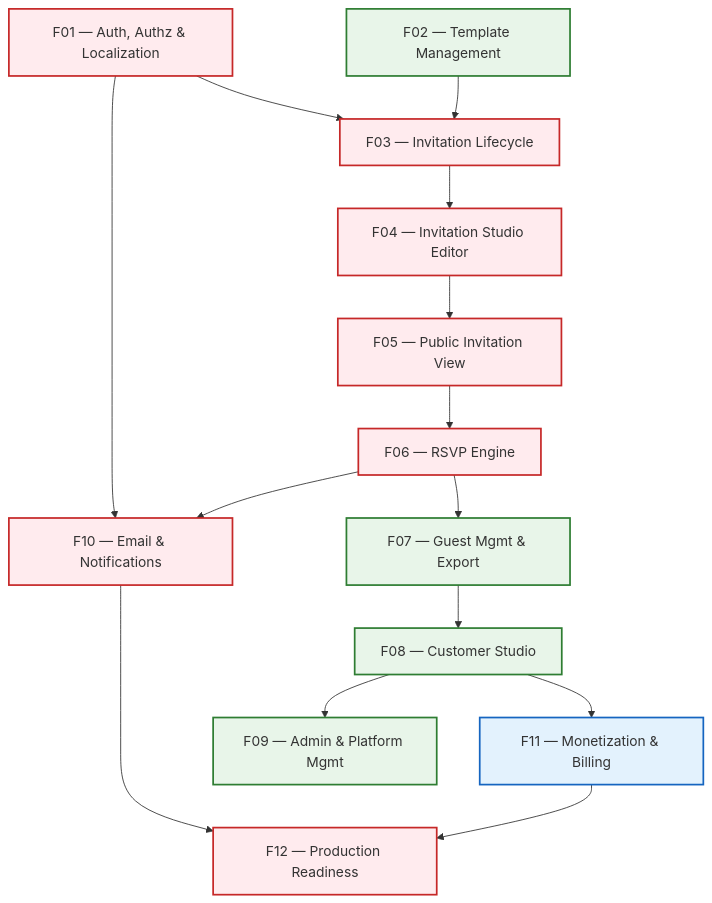
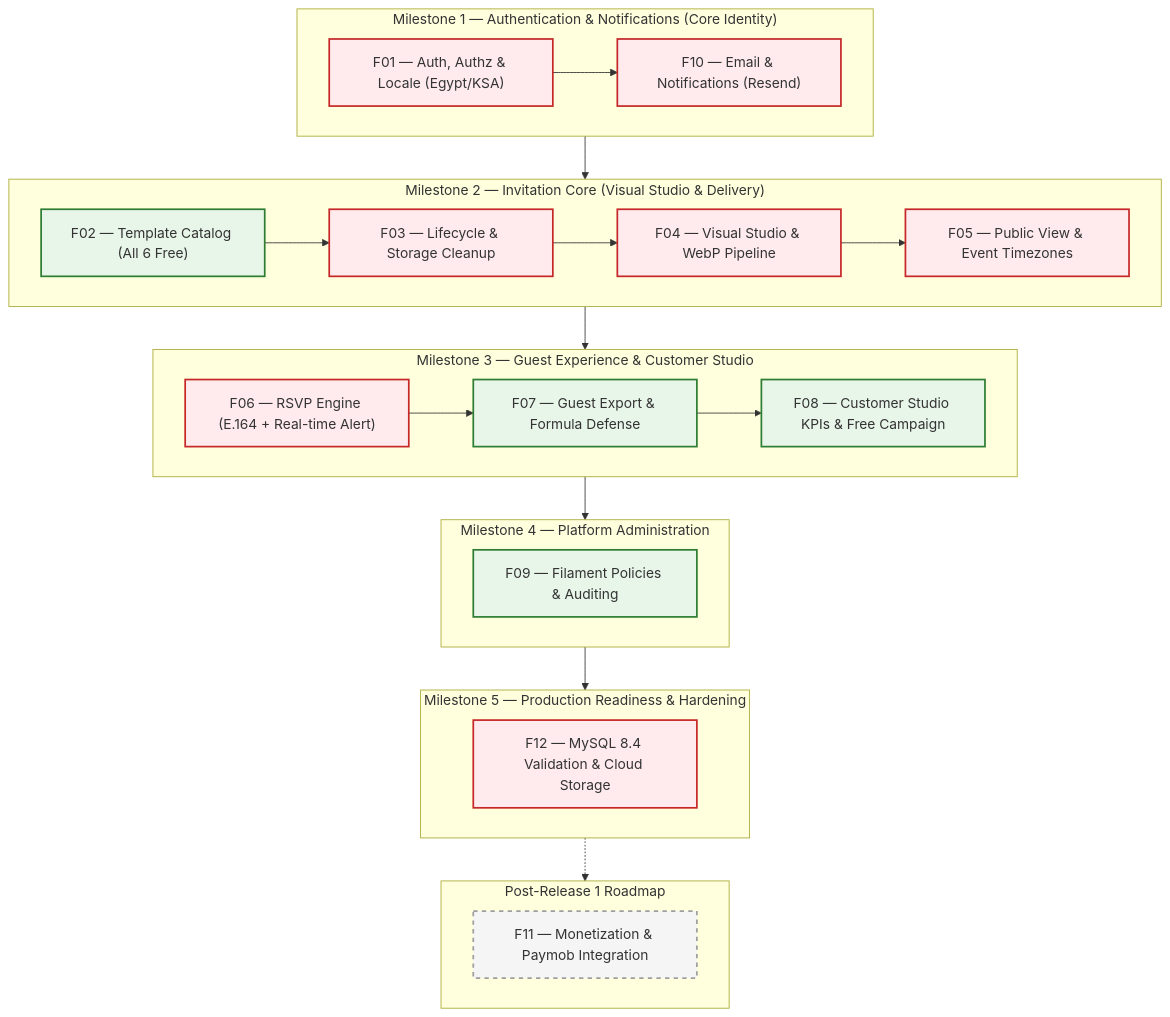
Before and after one commit to mohamedelbalooty/Zaffe: the diagram in docs/engineering/MASTER_ROADMAP.md, drawn with Mermaid. The commit also changed other lines of this file and 4 other files, not shown here.

First line of the commit message:
docs(product): record Release 1 product decisions and update master engineering roadmap

````diff
--- a/docs/engineering/MASTER_ROADMAP.md
+++ b/docs/engineering/MASTER_ROADMAP.md
@@ -22,20 +24,45 @@
 ```mermaid
 flowchart TD
     classDef p0 fill:#ffebee,stroke:#c62828,stroke-width:2px;
     classDef p1 fill:#e8f5e9,stroke:#2e7d32,stroke-width:2px;
-    classDef p2 fill:#e3f2fd,stroke:#1565c0,stroke-width:2px;
+    classDef deferred fill:#f5f5f5,stroke:#9e9e9e,stroke-width:2px,stroke-dasharray: 5 5;
 
-    F01["F01 — Auth, Authz & Localization"]:::p0 --> F10["F10 — Email & Notifications"]:::p0
-    F01 --> F03["F03 — Invitation Lifecycle"]:::p0
-    F02["F02 — Template Management"]:::p1 --> F03
-    F03 --> F04["F04 — Invitation Studio Editor"]:::p0
-    F04 --> F05["F05 — Public Invitation View"]:::p0
-    F05 --> F06["F06 — RSVP Engine"]:::p0
-    F06 --> F10
-    F06 --> F07["F07 — Guest Mgmt & Export"]:::p1
-    F07 --> F08["F08 — Customer Studio"]:::p1
-    F08 --> F09["F09 — Admin & Platform Mgmt"]:::p1
-    F08 --> F11["F11 — Monetization & Billing"]:::p2
-    F10 --> F12["F12 — Production Readiness"]:::p0
-    F11 --> F12
+    subgraph M1["Milestone 1 — Authentication & Notifications (Core Identity)"]
+        F01["F01 — Auth, Authz & Locale (Egypt/KSA)"]:::p0
+        F10["F10 — Email & Notifications (Resend)"]:::p0
+        F01 --> F10
+    end
+
+    subgraph M2["Milestone 2 — Invitation Core (Visual Studio & Delivery)"]
+        F02["F02 — Template Catalog (All 6 Free)"]:::p1
+        F03["F03 — Lifecycle & Storage Cleanup"]:::p0
+        F04["F04 — Visual Studio & WebP Pipeline"]:::p0
+        F05["F05 — Public View & Event Timezones"]:::p0
+        F02 --> F03 --> F04 --> F05
+    end
+
+    subgraph M3["Milestone 3 — Guest Experience & Customer Studio"]
+        F06["F06 — RSVP Engine (E.164 + Real-time Alert)"]:::p0
+        F07["F07 — Guest Export & Formula Defense"]:::p1
+        F08["F08 — Customer Studio KPIs & Free Campaign"]:::p1
+        F06 --> F07 --> F08
+    end
+
+    subgraph M4["Milestone 4 — Platform Administration"]
+        F09["F09 — Filament Policies & Auditing"]:::p1
+    end
+
+    subgraph M5["Milestone 5 — Production Readiness & Hardening"]
+        F12["F12 — MySQL 8.4 Validation & Cloud Storage"]:::p0
+    end
+
+    subgraph PostRelease["Post-Release 1 Roadmap"]
+        F11["F11 — Monetization & Paymob Integration"]:::deferred
+    end
+
+    M1 --> M2
+    M2 --> M3
+    M3 --> M4
+    M4 --> M5
+    M5 -.-> PostRelease
 ```
````
